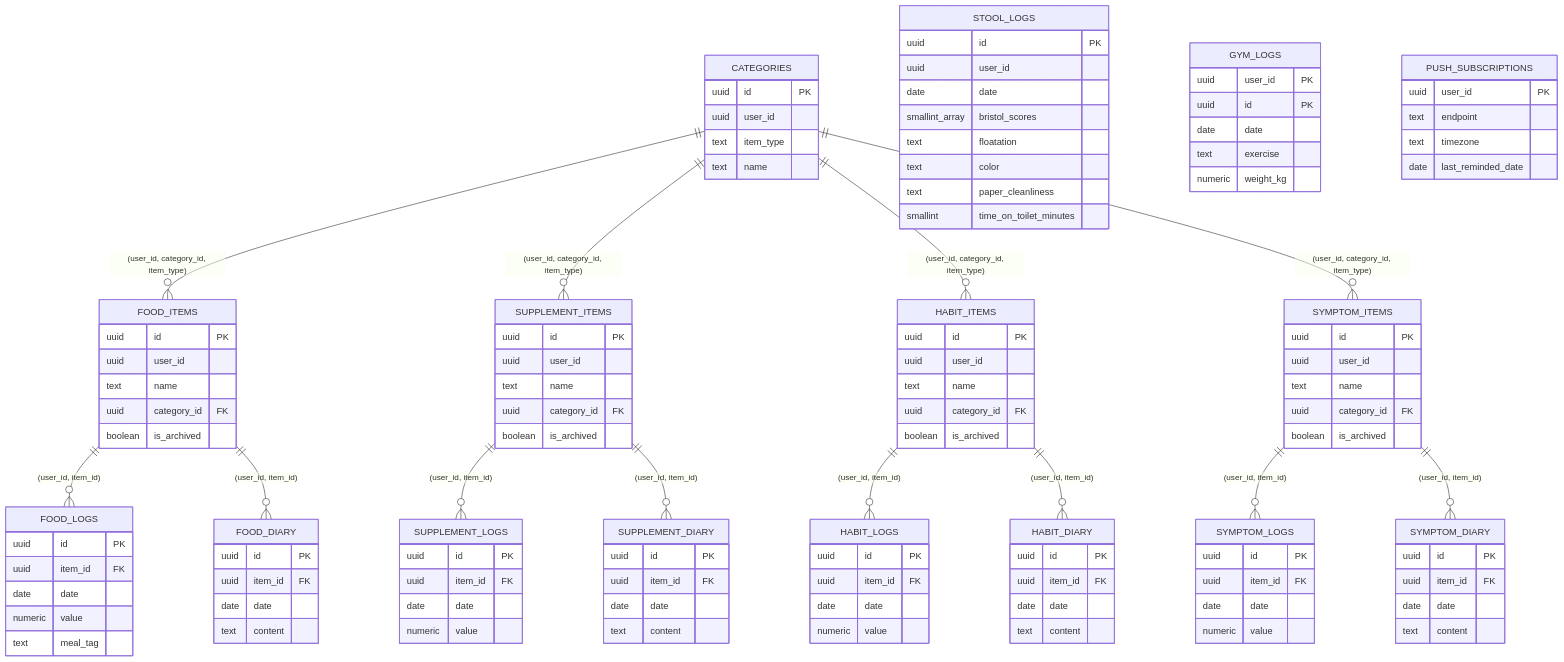
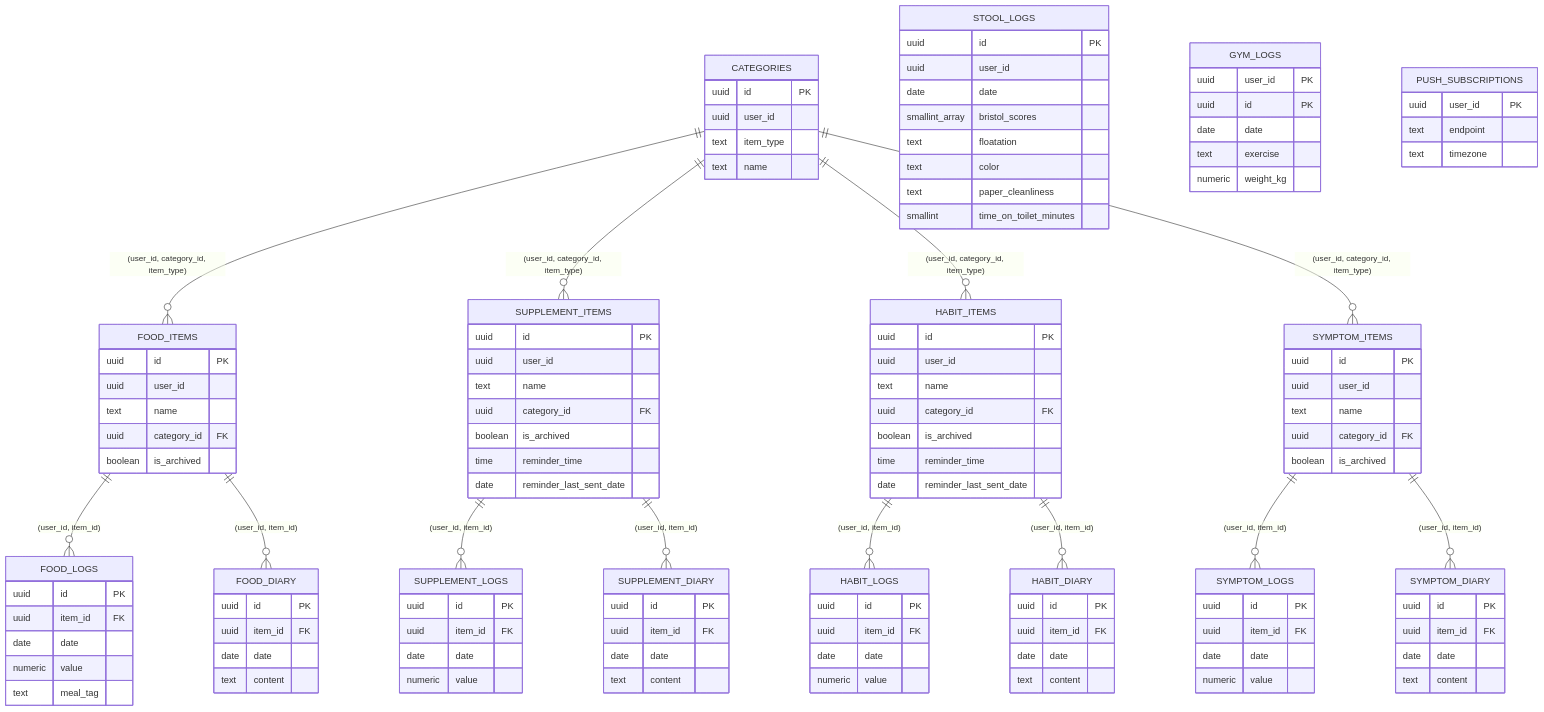
One commit to xxvazquez/health-management changed the diagram in README.md. Above: the diagram before and after it, drawn with Mermaid. The commit also changed other lines of this file and 14 other files, not shown here.

````diff
--- a/README.md
+++ b/README.md
@@ -53,6 +53,8 @@
         text name
         uuid category_id FK
         boolean is_archived
+        time reminder_time
+        date reminder_last_sent_date
     }
     HABIT_ITEMS {
         uuid id PK
@@ -60,6 +62,8 @@
         text name
         uuid category_id FK
         boolean is_archived
+        time reminder_time
+        date reminder_last_sent_date
     }
     SYMPTOM_ITEMS {
         uuid id PK
@@ -138,6 +142,5 @@
         uuid user_id PK
         text endpoint
         text timezone
-        date last_reminded_date
     }
 ```
````
